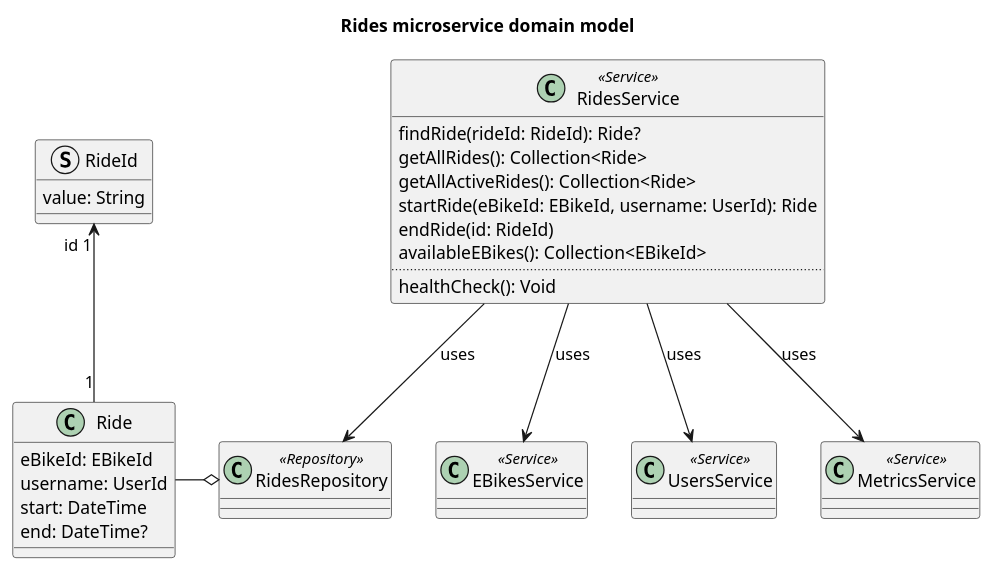
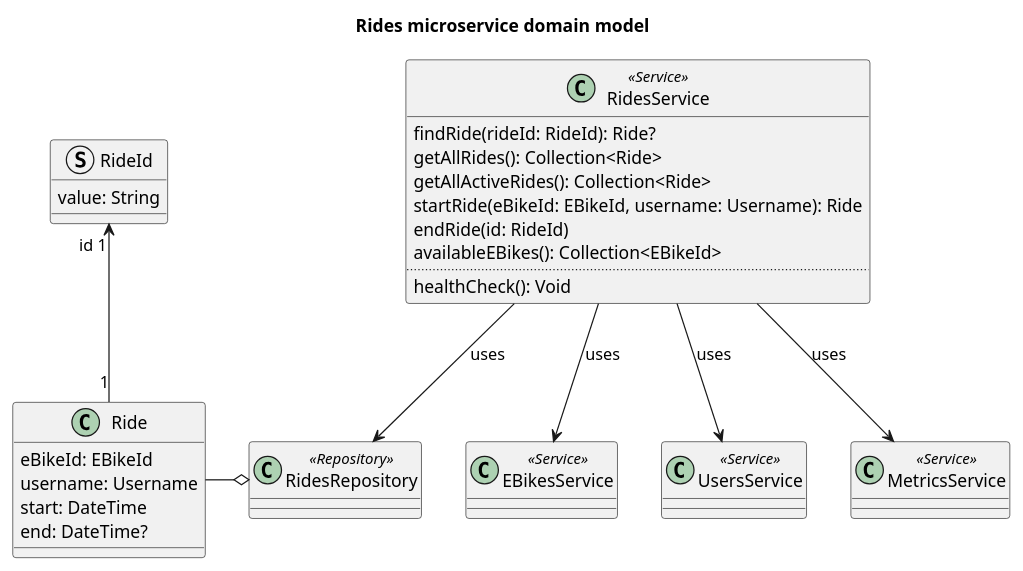
Before and after one commit to Ventus218/SAP-assignment-02: the diagram in doc/diagrams/src/rides-microservice-domain-model.puml, drawn with PlantUML. The commit also changed 1 other file, not shown here.

Commit message:
renamed UserId to Username

```diff
--- a/doc/diagrams/src/rides-microservice-domain-model.puml
+++ b/doc/diagrams/src/rides-microservice-domain-model.puml
@@ -1,41 +1,41 @@
 @startuml rides-microservice-domain-model
 
 title Rides microservice domain model
 
 class Ride {
     eBikeId: EBikeId
-    username: UserId
+    username: Username
     start: DateTime
     end: DateTime?
 }
 struct RideId {
     value: String
 }
 Ride "1" -u-> "id 1" RideId
 
 class RidesRepository <<Repository>>
 RidesRepository o-l- Ride
 
 class RidesService <<Service>> {
     findRide(rideId: RideId): Ride?
     getAllRides(): Collection<Ride>
     getAllActiveRides(): Collection<Ride>
-    startRide(eBikeId: EBikeId, username: UserId): Ride
+    startRide(eBikeId: EBikeId, username: Username): Ride
     endRide(id: RideId)
     availableEBikes(): Collection<EBikeId>
     ..
     healthCheck(): Void
 }
 
 RidesService --> RidesRepository : "uses"
 
 class EBikesService <<Service>>
 RidesService --> EBikesService : "uses"
 
 class UsersService <<Service>>
 RidesService --> UsersService : "uses"
 
 class MetricsService <<Service>>
 RidesService --> MetricsService : "uses"
 
 @enduml
```
